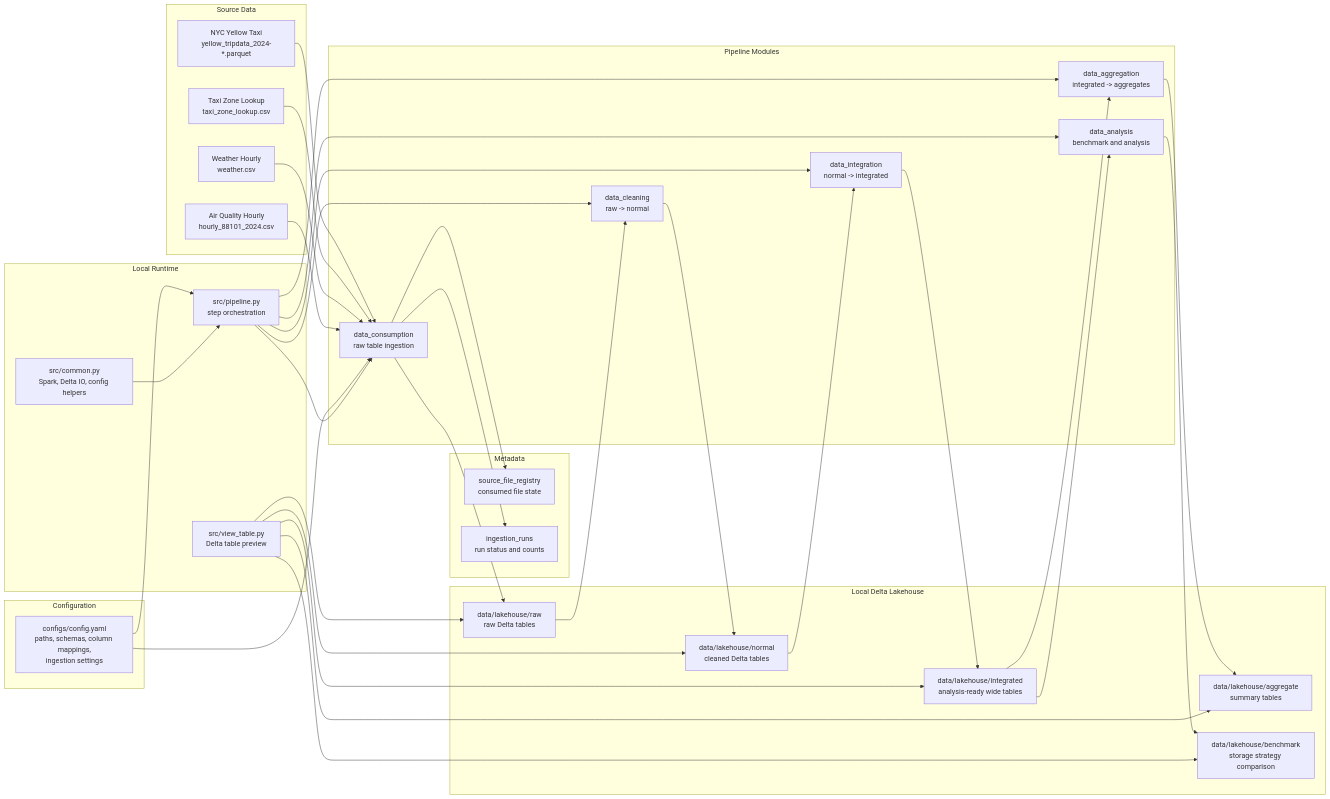
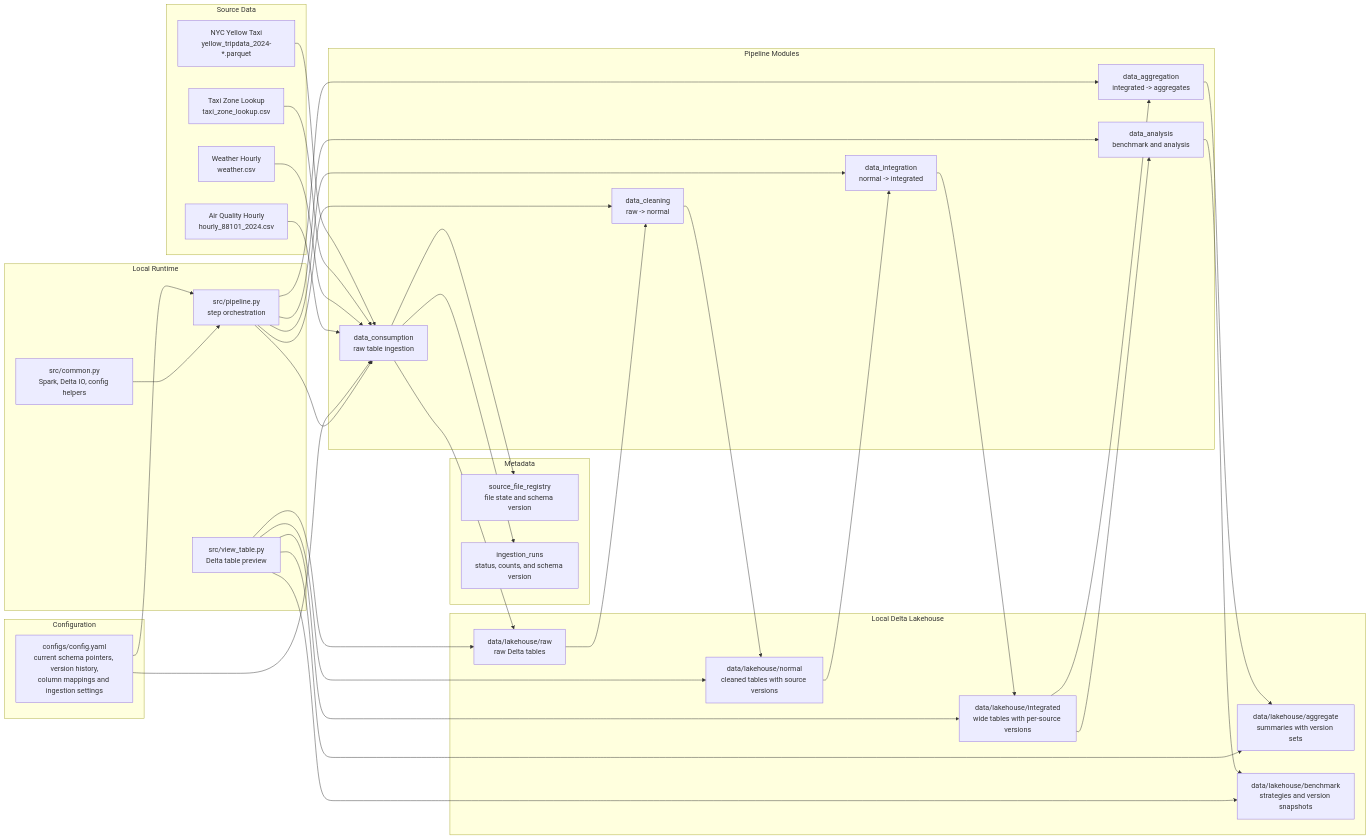
One commit to zhoubin0216/lakehouse changed the first of 2 diagrams in docs/architecture.md. Above: the diagram before and after it, drawn with Mermaid. The commit also changed other lines of this file and 17 other files, not shown here.

Commit message:
schema_version

````diff
--- a/docs/architecture.md
+++ b/docs/architecture.md
@@ -5,72 +5,72 @@
 ```mermaid
 flowchart LR
     subgraph Sources["Source Data"]
         TaxiFiles["NYC Yellow Taxi<br/>yellow_tripdata_2024-*.parquet"]
         ZoneFile["Taxi Zone Lookup<br/>taxi_zone_lookup.csv"]
         WeatherFile["Weather Hourly<br/>weather.csv"]
         AirQualityFile["Air Quality Hourly<br/>hourly_88101_2024.csv"]
     end
 
     subgraph Config["Configuration"]
-        ConfigYaml["configs/config.yaml<br/>paths, schemas, column mappings,<br/>ingestion settings"]
+        ConfigYaml["configs/config.yaml<br/>current schema pointers, version history,<br/>column mappings and ingestion settings"]
     end
 
     subgraph Runtime["Local Runtime"]
         Pipeline["src/pipeline.py<br/>step orchestration"]
         Common["src/common.py<br/>Spark, Delta IO, config helpers"]
         Viewer["src/view_table.py<br/>Delta table preview"]
     end
 
     subgraph Modules["Pipeline Modules"]
         Consumption["data_consumption<br/>raw table ingestion"]
         Cleaning["data_cleaning<br/>raw -> normal"]
         Integration["data_integration<br/>normal -> integrated"]
         Aggregation["data_aggregation<br/>integrated -> aggregates"]
         Analysis["data_analysis<br/>benchmark and analysis"]
     end
 
     subgraph Metadata["Metadata"]
-        Registry["source_file_registry<br/>consumed file state"]
-        Runs["ingestion_runs<br/>run status and counts"]
+        Registry["source_file_registry<br/>file state and schema version"]
+        Runs["ingestion_runs<br/>status, counts, and schema version"]
     end
 
     subgraph Lakehouse["Local Delta Lakehouse"]
         Raw["data/lakehouse/raw<br/>raw Delta tables"]
-        Normal["data/lakehouse/normal<br/>cleaned Delta tables"]
-        Integrated["data/lakehouse/integrated<br/>analysis-ready wide tables"]
-        Aggregate["data/lakehouse/aggregate<br/>summary tables"]
-        Benchmark["data/lakehouse/benchmark<br/>storage strategy comparison"]
+        Normal["data/lakehouse/normal<br/>cleaned tables with source versions"]
+        Integrated["data/lakehouse/integrated<br/>wide tables with per-source versions"]
+        Aggregate["data/lakehouse/aggregate<br/>summaries with version sets"]
+        Benchmark["data/lakehouse/benchmark<br/>strategies and version snapshots"]
     end
 
     TaxiFiles --> Consumption
     ZoneFile --> Consumption
     WeatherFile --> Consumption
     AirQualityFile --> Consumption
 
     ConfigYaml --> Pipeline
     ConfigYaml --> Consumption
     Common --> Pipeline
     Pipeline --> Consumption
     Pipeline --> Cleaning
     Pipeline --> Integration
     Pipeline --> Aggregation
     Pipeline --> Analysis
 
     Consumption --> Raw
     Consumption --> Registry
     Consumption --> Runs
     Raw --> Cleaning
     Cleaning --> Normal
     Normal --> Integration
     Integration --> Integrated
     Integrated --> Aggregation
     Integrated --> Analysis
     Aggregation --> Aggregate
     Analysis --> Benchmark
 
     Viewer --> Raw
     Viewer --> Normal
     Viewer --> Integrated
     Viewer --> Aggregate
     Viewer --> Benchmark
 ```
````
